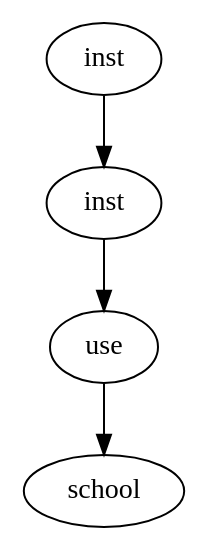
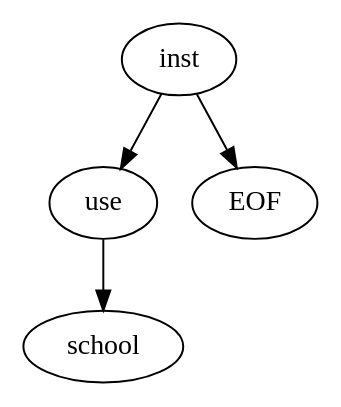
One commit to Diego180499/PROYECTO-OLC2-XSQL changed the diagram in Compi2Python/ast.dot. Above: the diagram before and after it, drawn with Graphviz. The commit also changed 112 other files, not shown here.

```diff
--- a/Compi2Python/ast.dot
+++ b/Compi2Python/ast.dot
@@ -1,9 +1,9 @@
 digraph AST{
 node0 [label="inst" shape="oval", color="black"];
-node1 [label="inst" shape="oval", color="black"];
-node2 [label="use" shape="oval", color="black"];
-node3 [label="school" shape="oval", color="black"];
+node1 [label="use" shape="oval", color="black"];
+node2 [label="school" shape="oval", color="black"];
+node3 [label="EOF" shape="oval", color="black"];
 node0 -> node1;
 node1 -> node2;
-node2 -> node3;
+node0 -> node3;
 }
```
